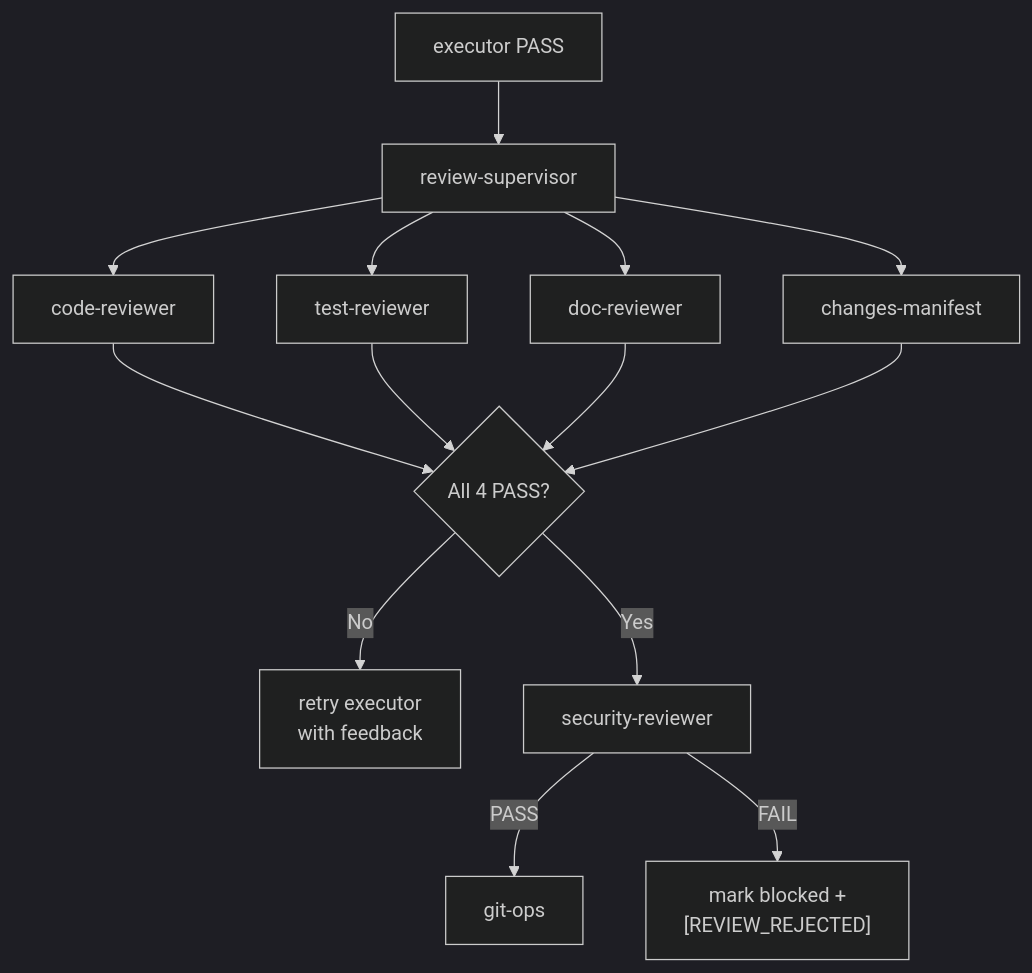
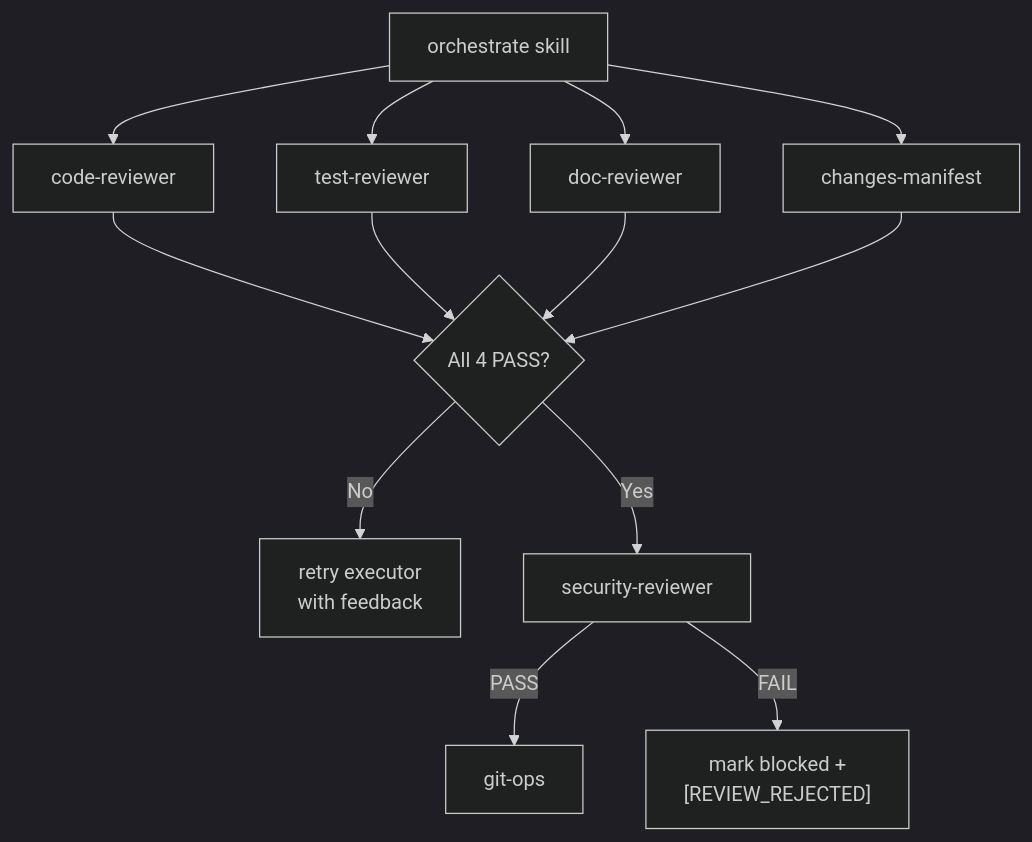
One commit to caylent-solutions/devbench changed the fifth of 6 diagrams in docs/architecture.md. Above: the diagram before and after it, drawn with Mermaid (dark theme). The commit also changed other lines of this file and 19 other files, not shown here.

````diff
--- a/docs/architecture.md
+++ b/docs/architecture.md
@@ -364,16 +363,15 @@
 ```mermaid
 graph TD
-  Exec[executor PASS] --> RS[review-supervisor]
-  RS --> CR[code-reviewer]
-  RS --> TR[test-reviewer]
-  RS --> DR[doc-reviewer]
-  RS --> CM[changes-manifest]
+  Skill[orchestrate skill] --> CR[code-reviewer]
+  Skill --> TR[test-reviewer]
+  Skill --> DR[doc-reviewer]
+  Skill --> CM[changes-manifest]
   CR --> Gate{All 4 PASS?}
   TR --> Gate
   DR --> Gate
   CM --> Gate
   Gate -- No --> Retry[retry executor<br/>with feedback]
   Gate -- Yes --> SR[security-reviewer]
   SR -- PASS --> GitOps[git-ops]
   SR -- FAIL --> Block["mark blocked +<br/>[REVIEW_REJECTED]"]
 ```
````
